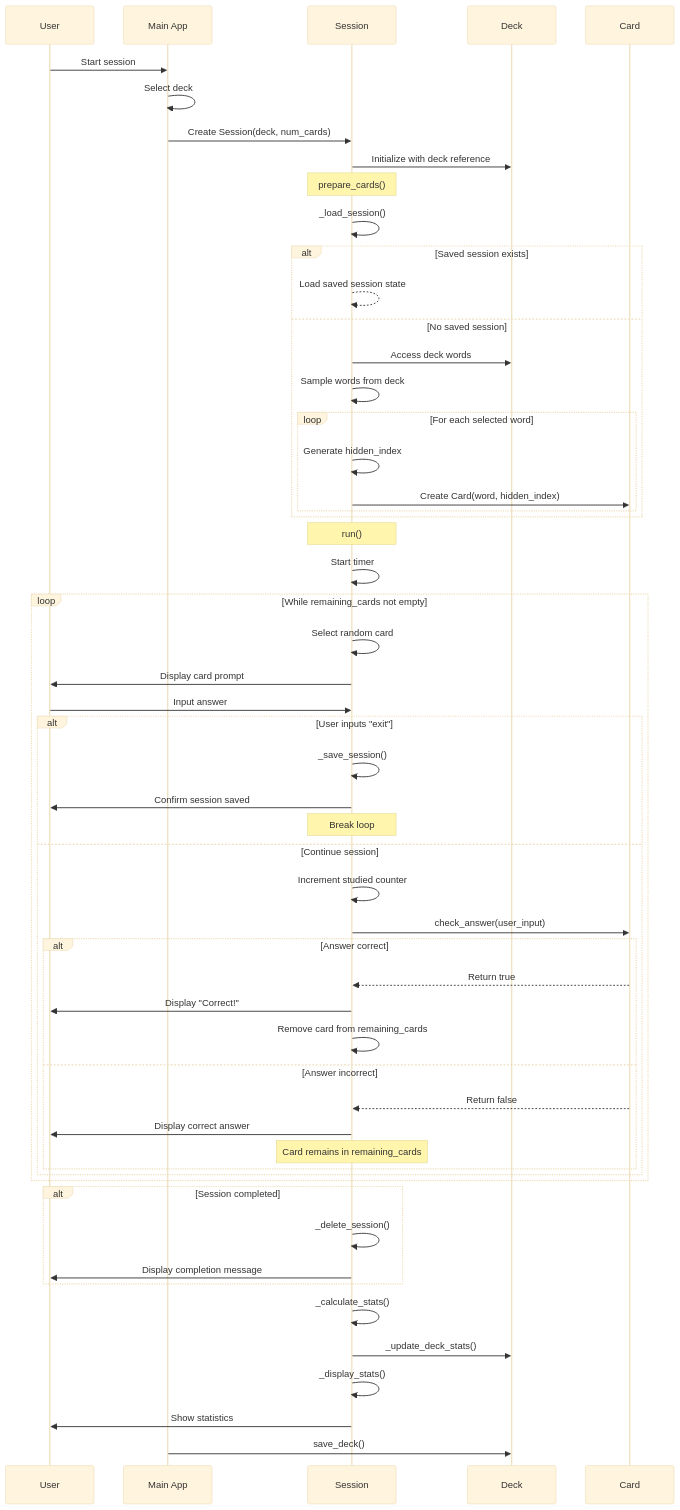
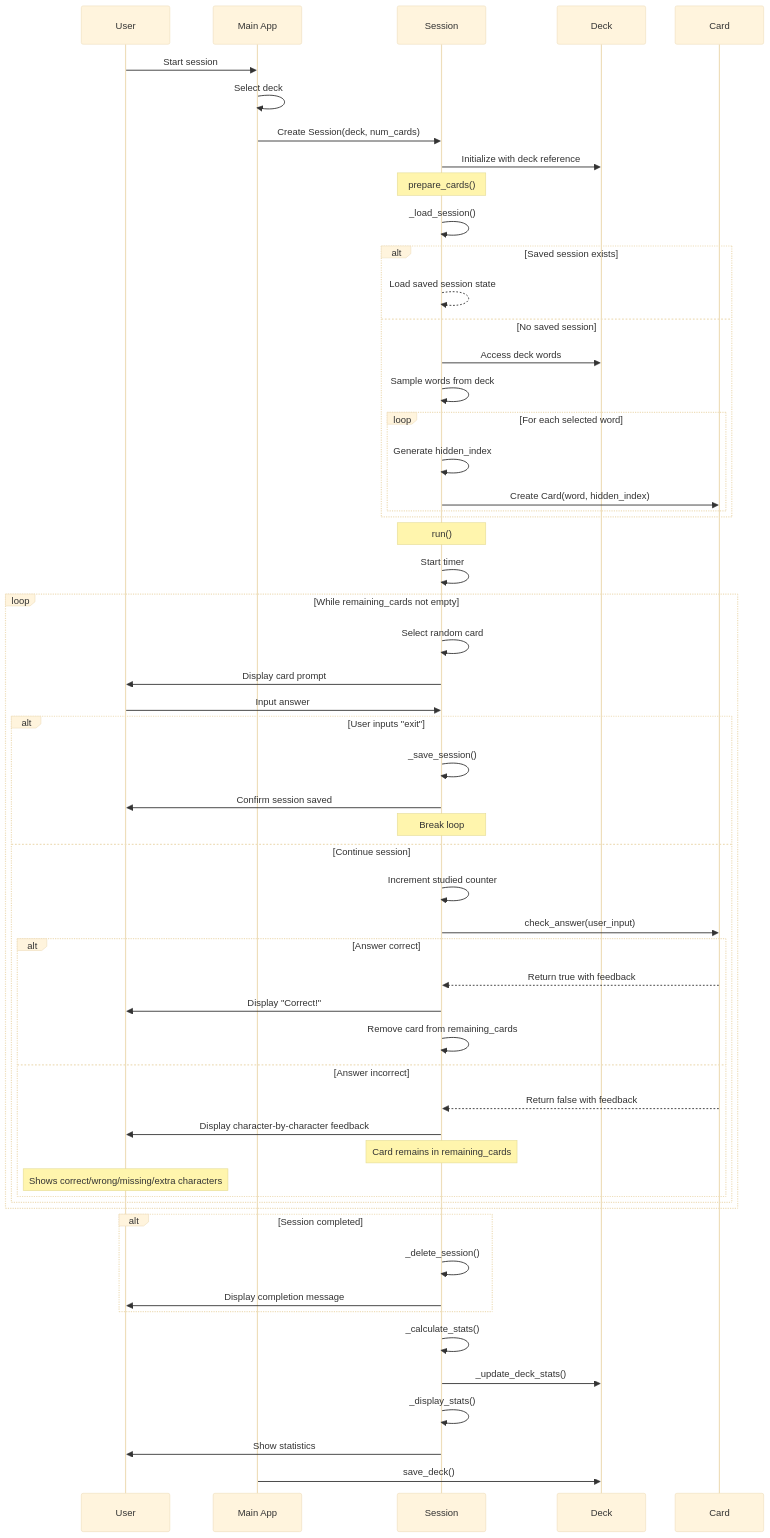
The diagram in session_sequence_diagram_mermaid.md (Jicheng-Yan/remember_words), drawn with Mermaid (base theme) before and after one commit. The commit also changed other lines of this file and 8 other files, not shown here.

````diff
--- a/session_sequence_diagram_mermaid.md
+++ b/session_sequence_diagram_mermaid.md
@@ -5,66 +5,67 @@
 ```mermaid
 sequenceDiagram
     participant User
     participant MainApp as Main App
     participant Session
     participant Deck
     participant Card
     
     User->>MainApp: Start session
     MainApp->>MainApp: Select deck
     MainApp->>Session: Create Session(deck, num_cards)
     Session->>Deck: Initialize with deck reference
     
     Note over Session: prepare_cards()
     Session->>Session: _load_session()
     alt Saved session exists
         Session-->>Session: Load saved session state
     else No saved session
         Session->>Deck: Access deck words
         Session->>Session: Sample words from deck
         loop For each selected word
             Session->>Session: Generate hidden_index
             Session->>Card: Create Card(word, hidden_index)
         end
     end
     
     Note over Session: run()
     Session->>Session: Start timer
     
     loop While remaining_cards not empty
         Session->>Session: Select random card
         Session->>User: Display card prompt
         User->>Session: Input answer
         
         alt User inputs "exit"
             Session->>Session: _save_session()
             Session->>User: Confirm session saved
             Note over Session: Break loop
         else Continue session
             Session->>Session: Increment studied counter
             Session->>Card: check_answer(user_input)
             
             alt Answer correct
-                Card-->>Session: Return true
+                Card-->>Session: Return true with feedback
                 Session->>User: Display "Correct!"
                 Session->>Session: Remove card from remaining_cards
             else Answer incorrect
-                Card-->>Session: Return false
-                Session->>User: Display correct answer
+                Card-->>Session: Return false with feedback
+                Session->>User: Display character-by-character feedback
                 Note over Session: Card remains in remaining_cards
+                Note over User: Shows correct/wrong/missing/extra characters
             end
         end
     end
     
     alt Session completed
         Session->>Session: _delete_session()
         Session->>User: Display completion message
     end
     
     Session->>Session: _calculate_stats()
     Session->>Deck: _update_deck_stats()
     Session->>Session: _display_stats()
     Session->>User: Show statistics
     
     MainApp->>Deck: save_deck()
 ```
````
